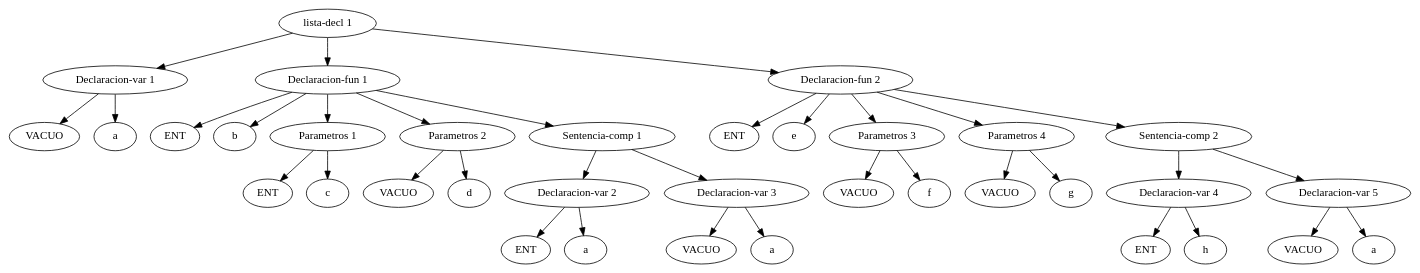
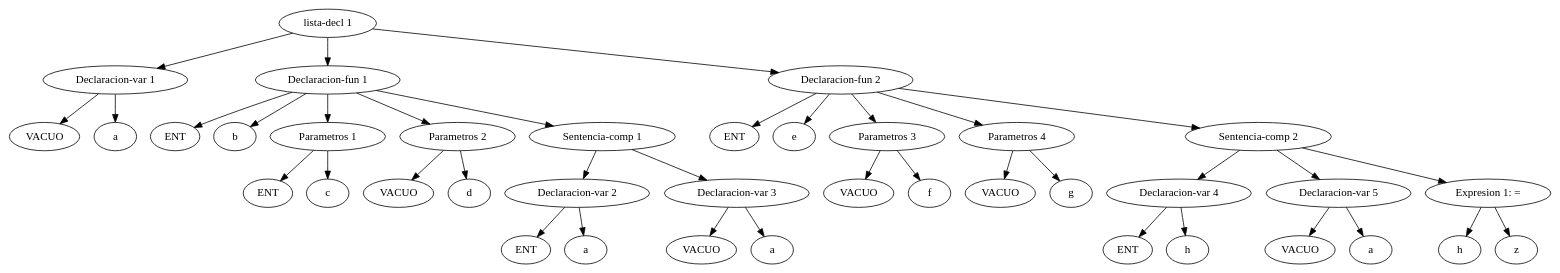
The diagram in parser_examples/out.dot (Vakarian-S/Taller3_Comp), drawn with Graphviz before and after one commit. The commit also changed 3 other files, not shown here.

```diff
--- a/parser_examples/out.dot
+++ b/parser_examples/out.dot
@@ -1,59 +1,64 @@
 digraph G {
 	"lista-decl 1" -> "Declaracion-var 1"
 	1 [label="VACUO"]
 	"Declaracion-var 1" -> 1
 	2 [label="a"]
 	"Declaracion-var 1" -> 2
 	"lista-decl 1" -> "Declaracion-fun 1"
 	3 [label="ENT"]
 	"Declaracion-fun 1" -> 3
 	4 [label="b"]
 	"Declaracion-fun 1" -> 4
 	"Declaracion-fun 1" -> "Parametros 1"
 	5 [label="ENT"]
 	"Parametros 1" -> 5
 	6 [label="c"]
 	"Parametros 1" -> 6
 	"Declaracion-fun 1" -> "Parametros 2"
 	7 [label="VACUO"]
 	"Parametros 2" -> 7
 	8 [label="d"]
 	"Parametros 2" -> 8
 	"Declaracion-fun 1" -> "Sentencia-comp 1"
 	"Sentencia-comp 1" -> "Declaracion-var 2"
 	9 [label="ENT"]
 	"Declaracion-var 2" -> 9
 	10 [label="a"]
 	"Declaracion-var 2" -> 10
 	"Sentencia-comp 1" -> "Declaracion-var 3"
 	11 [label="VACUO"]
 	"Declaracion-var 3" -> 11
 	12 [label="a"]
 	"Declaracion-var 3" -> 12
 	"lista-decl 1" -> "Declaracion-fun 2"
 	13 [label="ENT"]
 	"Declaracion-fun 2" -> 13
 	14 [label="e"]
 	"Declaracion-fun 2" -> 14
 	"Declaracion-fun 2" -> "Parametros 3"
 	15 [label="VACUO"]
 	"Parametros 3" -> 15
 	16 [label="f"]
 	"Parametros 3" -> 16
 	"Declaracion-fun 2" -> "Parametros 4"
 	17 [label="VACUO"]
 	"Parametros 4" -> 17
 	18 [label="g"]
 	"Parametros 4" -> 18
 	"Declaracion-fun 2" -> "Sentencia-comp 2"
 	"Sentencia-comp 2" -> "Declaracion-var 4"
 	19 [label="ENT"]
 	"Declaracion-var 4" -> 19
 	20 [label="h"]
 	"Declaracion-var 4" -> 20
 	"Sentencia-comp 2" -> "Declaracion-var 5"
 	21 [label="VACUO"]
 	"Declaracion-var 5" -> 21
 	22 [label="a"]
 	"Declaracion-var 5" -> 22
+	"Sentencia-comp 2" -> "Expresion 1: ="
+	23 [label="h"]
+	"Expresion 1: =" -> 23
+	24 [label="z"]
+	"Expresion 1: =" -> 24
 }
```
